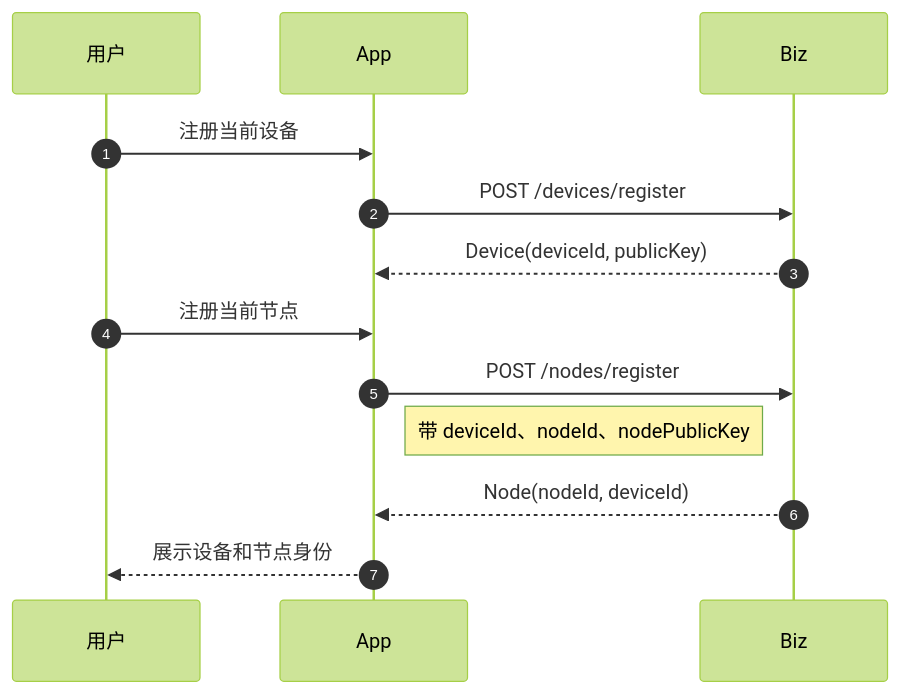
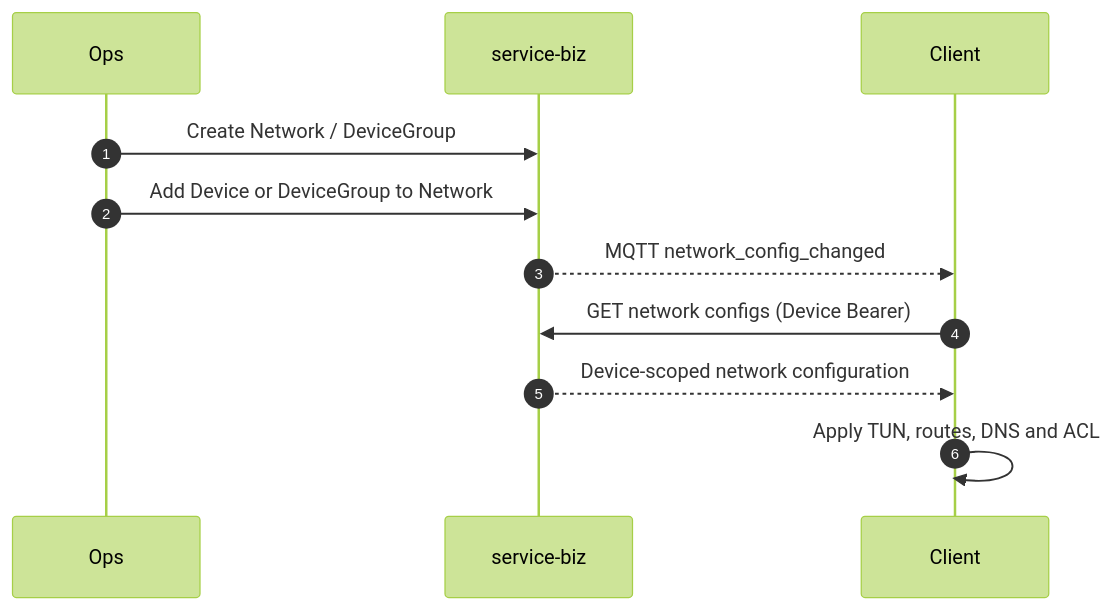
Before and after one commit to thorli9527/slan: the second of 4 diagrams in docs/architecture/sequence-diagrams.md, drawn with Mermaid (forest theme). The commit also changed other lines of this file and 1032 other files, not shown here.

````diff
--- a/docs/architecture/sequence-diagrams.md
+++ b/docs/architecture/sequence-diagrams.md
@@ -37,17 +25,14 @@
 ```mermaid
 sequenceDiagram
     autonumber
-    participant User as 用户
-    participant App as App
-    participant Biz as Biz
+    participant Ops
+    participant Biz as service-biz
+    participant Client
 
-    User->>App: 注册当前设备
-    App->>Biz: POST /devices/register
-    Biz-->>App: Device(deviceId, publicKey)
-
-    User->>App: 注册当前节点
-    App->>Biz: POST /nodes/register
-    Note right of App: 带 deviceId、nodeId、nodePublicKey
-    Biz-->>App: Node(nodeId, deviceId)
-    App-->>User: 展示设备和节点身份
+    Ops->>Biz: Create Network / DeviceGroup
+    Ops->>Biz: Add Device or DeviceGroup to Network
+    Biz-->>Client: MQTT network_config_changed
+    Client->>Biz: GET network configs (Device Bearer)
+    Biz-->>Client: Device-scoped network configuration
+    Client->>Client: Apply TUN, routes, DNS and ACL
 ```
````
